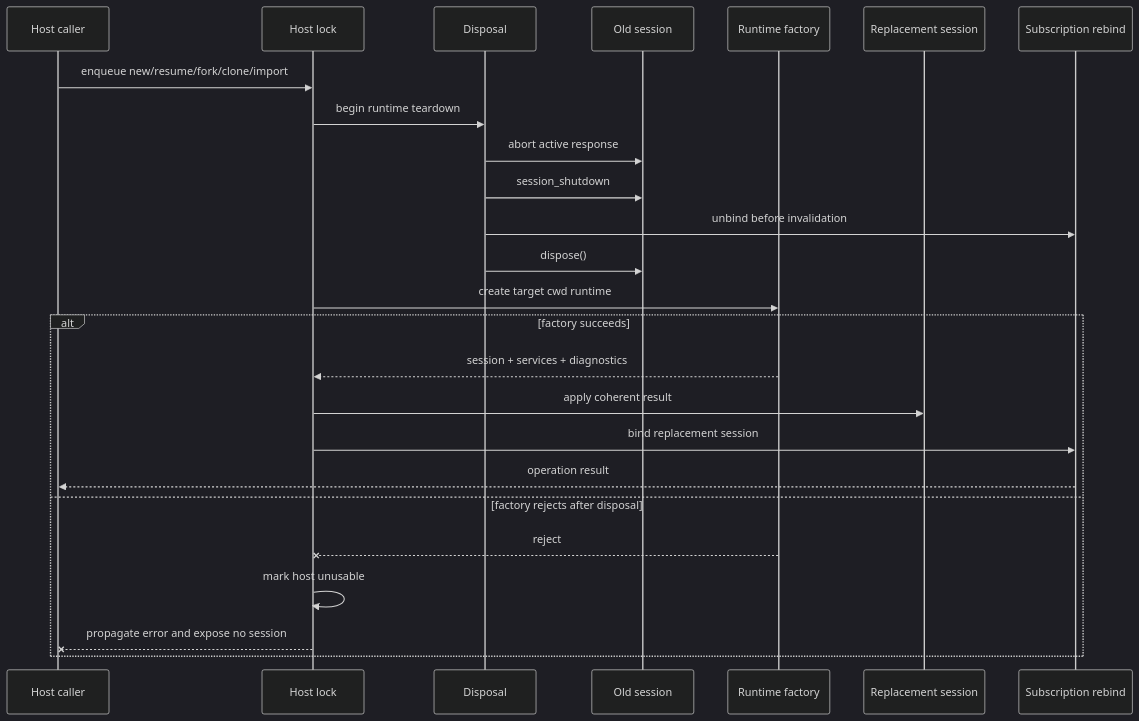
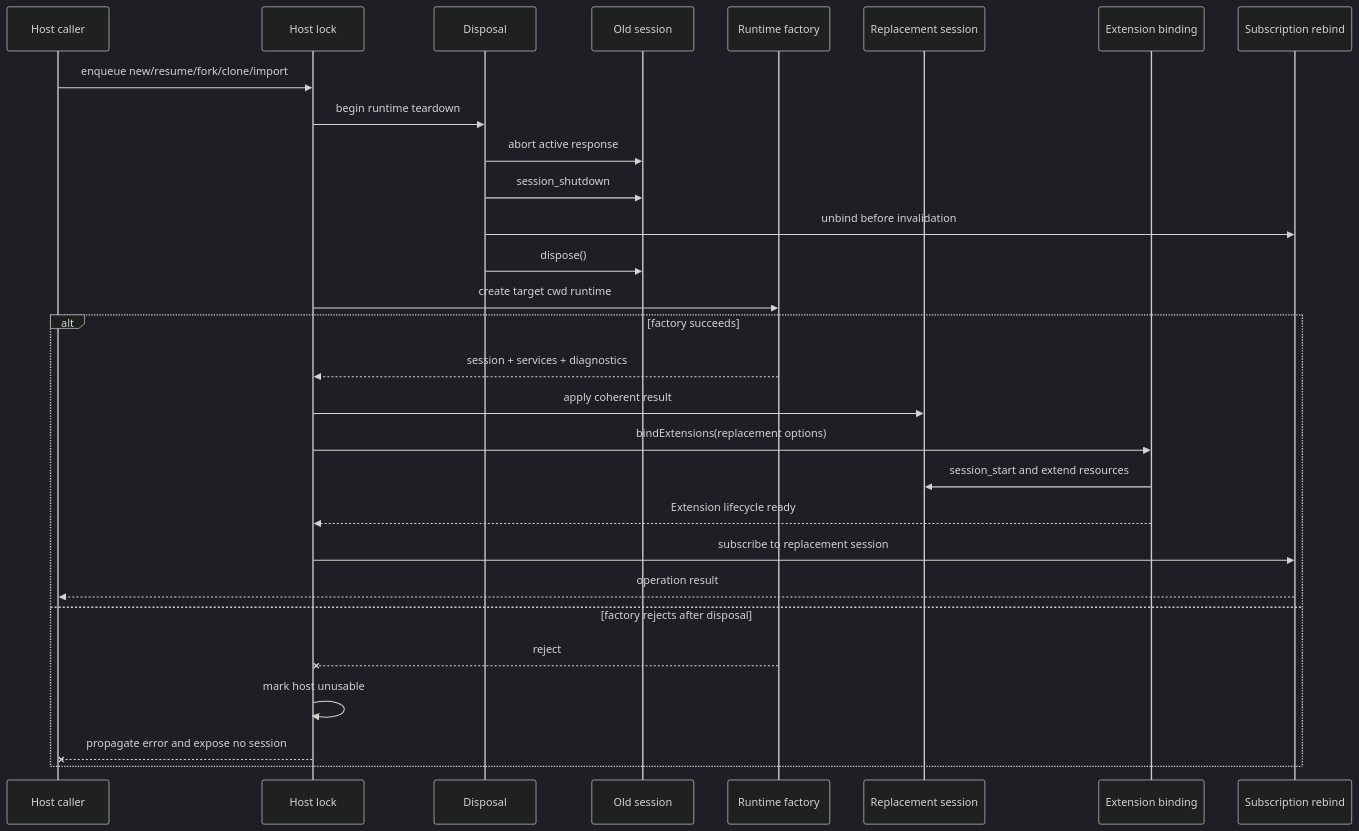
Before and after one commit to pifydev/docs: the diagram in content/en/how-to/host-session-runtime.md, drawn with Mermaid (dark theme). The commit also changed other lines of this file and 3 other files, not shown here.

Commit message:
docs: bind Extensions before runtime subscriptions

````diff
--- a/content/en/how-to/host-session-runtime.md
+++ b/content/en/how-to/host-session-runtime.md
@@ -282,27 +291,31 @@
 ```mermaid
 sequenceDiagram
     participant Caller as Host caller
     participant Lock as Host lock
     participant Dispose as Disposal
     participant Old as Old session
     participant Factory as Runtime factory
     participant Next as Replacement session
+    participant Extensions as Extension binding
     participant Rebind as Subscription rebind
     Caller->>Lock: enqueue new/resume/fork/clone/import
     Lock->>Dispose: begin runtime teardown
     Dispose->>Old: abort active response
     Dispose->>Old: session_shutdown
     Dispose->>Rebind: unbind before invalidation
     Dispose->>Old: dispose()
     Lock->>Factory: create target cwd runtime
     alt factory succeeds
         Factory-->>Lock: session + services + diagnostics
         Lock->>Next: apply coherent result
-        Lock->>Rebind: bind replacement session
+        Lock->>Extensions: bindExtensions(replacement options)
+        Extensions->>Next: session_start and extend resources
+        Extensions-->>Lock: Extension lifecycle ready
+        Lock->>Rebind: subscribe to replacement session
         Rebind-->>Caller: operation result
     else factory rejects after disposal
         Factory--xLock: reject
         Lock->>Lock: mark host unusable
         Lock--xCaller: propagate error and expose no session
     end
 ```
````
